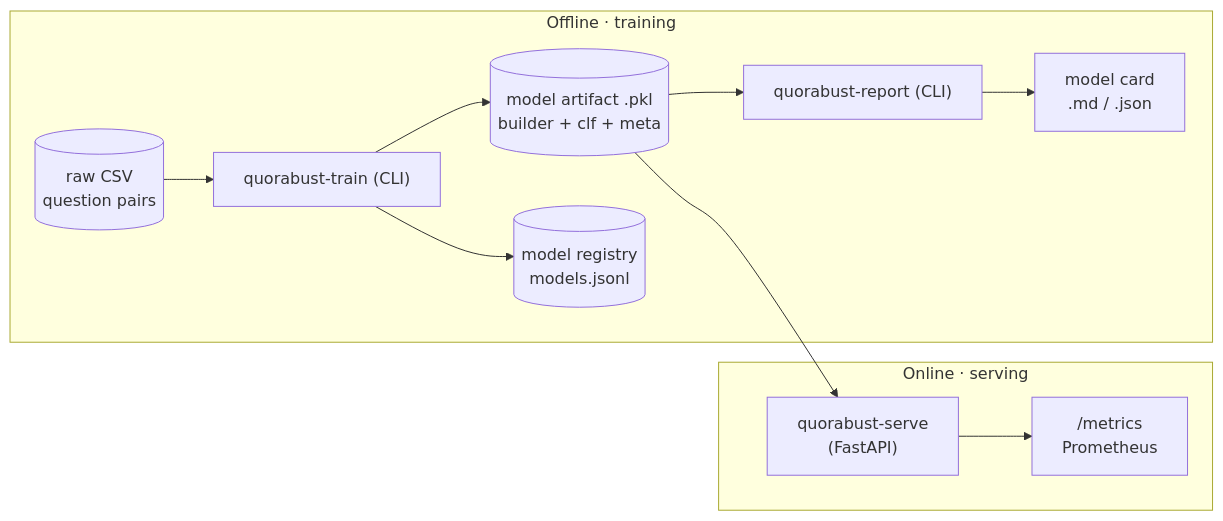
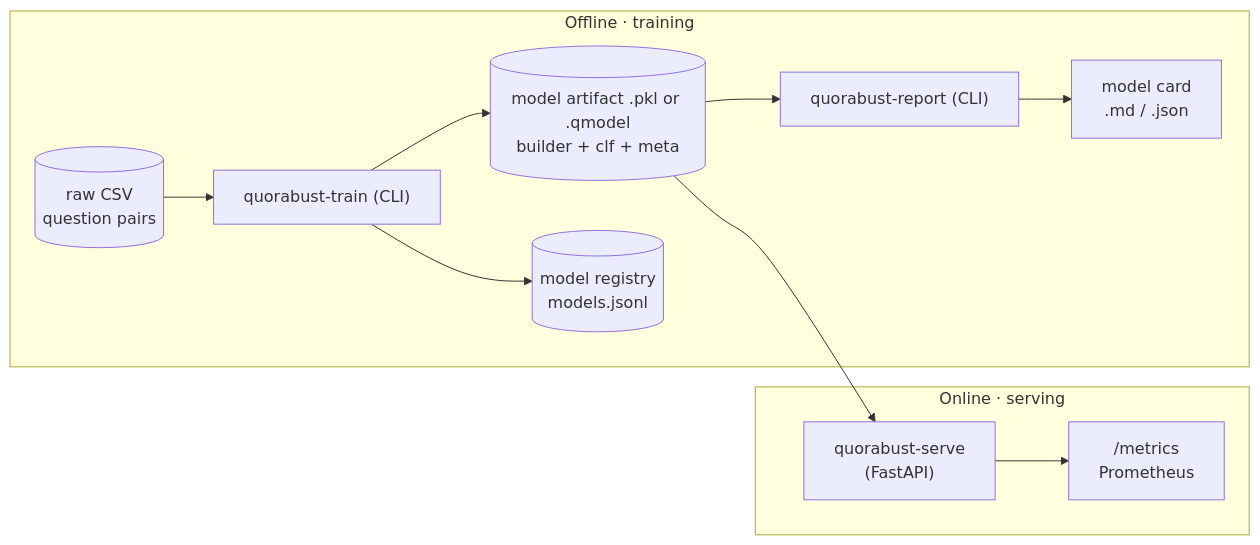
The first of 4 diagrams in docs/ARCHITECTURE.md (AlisinaDevelo/Quorabust), drawn with Mermaid before and after one commit. The commit also changed other lines of this file and 5 other files, not shown here.

````diff
--- a/docs/ARCHITECTURE.md
+++ b/docs/ARCHITECTURE.md
@@ -10,20 +10,20 @@
 ```mermaid
 flowchart LR
   subgraph offline["Offline · training"]
     raw[("raw CSV<br/>question pairs")]
     train["quorabust-train (CLI)"]
-    artifact[("model artifact .pkl<br/>builder + clf + meta")]
+    artifact[("model artifact .pkl or .qmodel<br/>builder + clf + meta")]
     registry[("model registry<br/>models.jsonl")]
     report["quorabust-report (CLI)"]
     card["model card<br/>.md / .json"]
   end
   subgraph online["Online · serving"]
     api["quorabust-serve<br/>(FastAPI)"]
     metrics["/metrics<br/>Prometheus"]
   end
   raw --> train --> artifact
   train --> registry
   artifact --> report --> card
   artifact --> api
   api --> metrics
 ```
````
